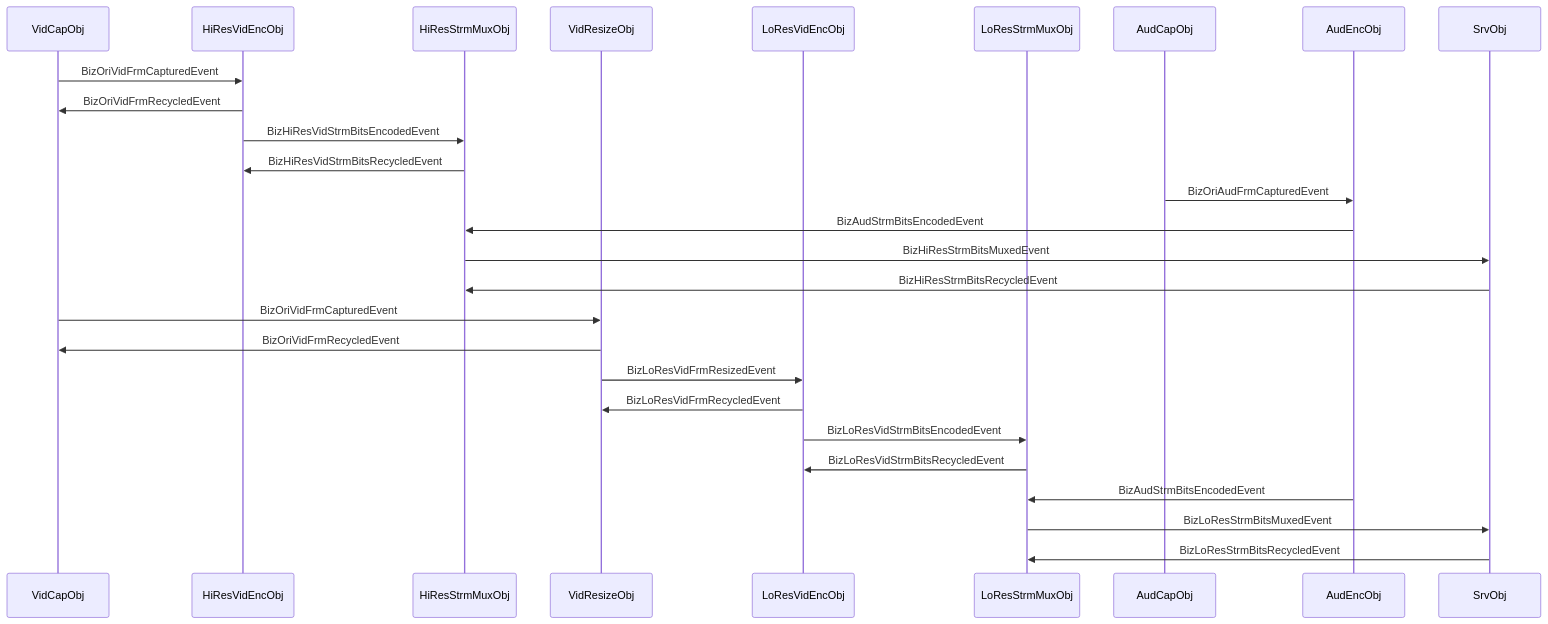
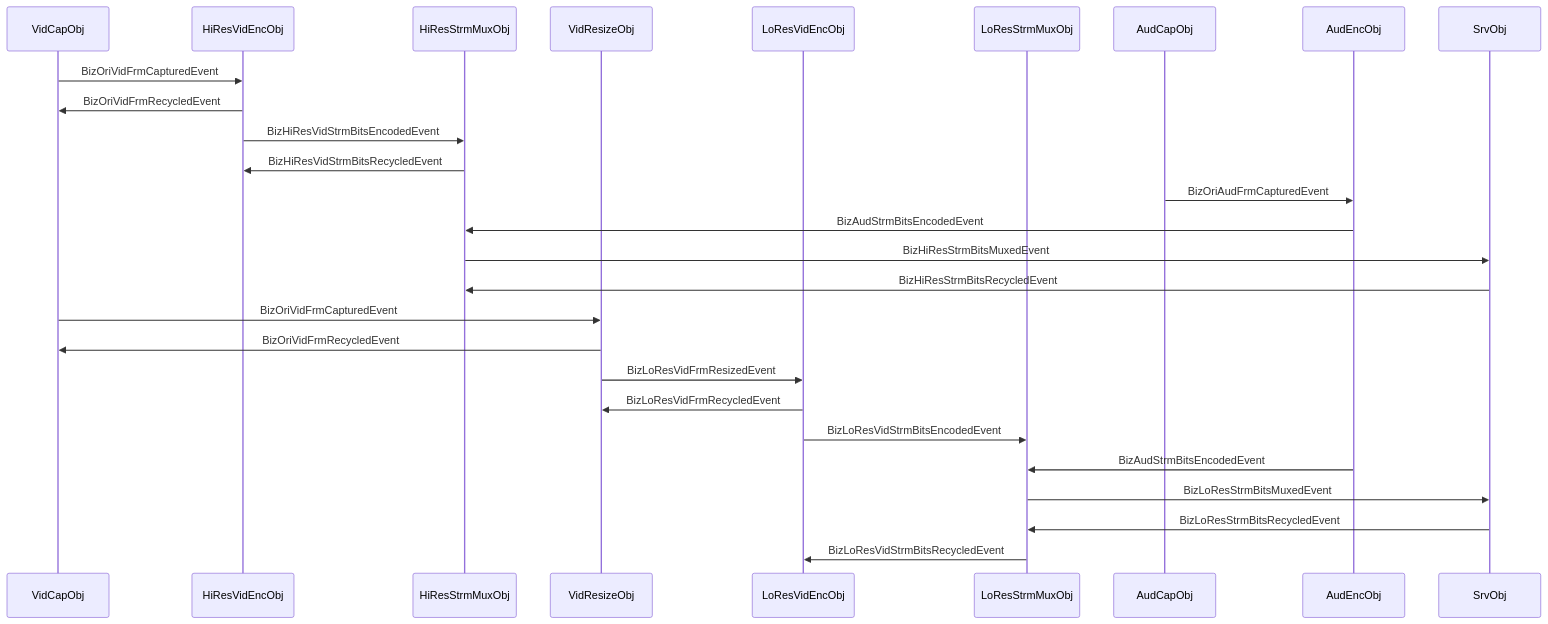
Before and after one commit to EnigmaWU/MyIOC_inTDD_withGHC: the third of 8 diagrams in Test/UT_ConlesEventDemoLiveCam.md, drawn with Mermaid. The commit also changed 1 other file, not shown here.

Commit message:
Refactoring UT_ConlesEventDemoLiveCam

````diff
--- a/Test/UT_ConlesEventDemoLiveCam.md
+++ b/Test/UT_ConlesEventDemoLiveCam.md
@@ -33,37 +33,34 @@
 ```mermaid
 sequenceDiagram
     participant VidCapObj
     participant HiResVidEncObj
     participant HiResStrmMuxObj
     participant VidResizeObj
     participant LoResVidEncObj
     participant LoResStrmMuxObj
     participant AudCapObj
     participant AudEncObj
     participant SrvObj
     VidCapObj->>HiResVidEncObj: BizOriVidFrmCapturedEvent
     HiResVidEncObj->>VidCapObj: BizOriVidFrmRecycledEvent
     HiResVidEncObj->>HiResStrmMuxObj: BizHiResVidStrmBitsEncodedEvent
     HiResStrmMuxObj->>HiResVidEncObj: BizHiResVidStrmBitsRecycledEvent
 
     AudCapObj->>AudEncObj: BizOriAudFrmCapturedEvent
     AudEncObj->>HiResStrmMuxObj: BizAudStrmBitsEncodedEvent
 
     HiResStrmMuxObj->>SrvObj: BizHiResStrmBitsMuxedEvent
     SrvObj->>HiResStrmMuxObj: BizHiResStrmBitsRecycledEvent
     
     VidCapObj->>VidResizeObj: BizOriVidFrmCapturedEvent
     VidResizeObj->>VidCapObj: BizOriVidFrmRecycledEvent
     VidResizeObj->>LoResVidEncObj: BizLoResVidFrmResizedEvent
     LoResVidEncObj->>VidResizeObj: BizLoResVidFrmRecycledEvent
     LoResVidEncObj->>LoResStrmMuxObj: BizLoResVidStrmBitsEncodedEvent
-    LoResStrmMuxObj->>LoResVidEncObj: BizLoResVidStrmBitsRecycledEvent
     
-
     AudEncObj->>LoResStrmMuxObj: BizAudStrmBitsEncodedEvent
-
-
 
     LoResStrmMuxObj->>SrvObj: BizLoResStrmBitsMuxedEvent
     SrvObj->>LoResStrmMuxObj: BizLoResStrmBitsRecycledEvent
+    LoResStrmMuxObj->>LoResVidEncObj: BizLoResVidStrmBitsRecycledEvent
 ```
````
